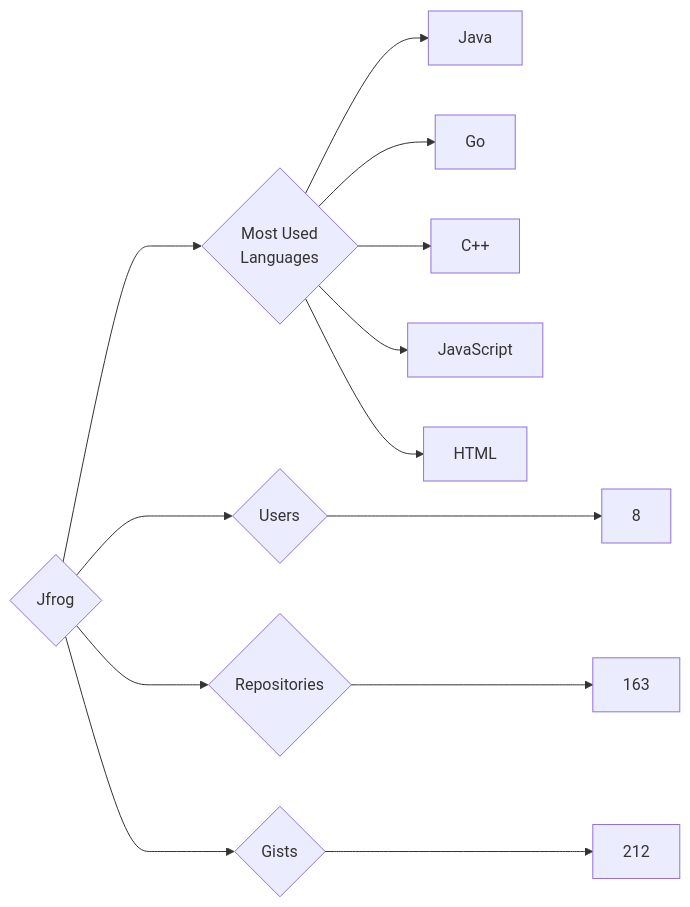
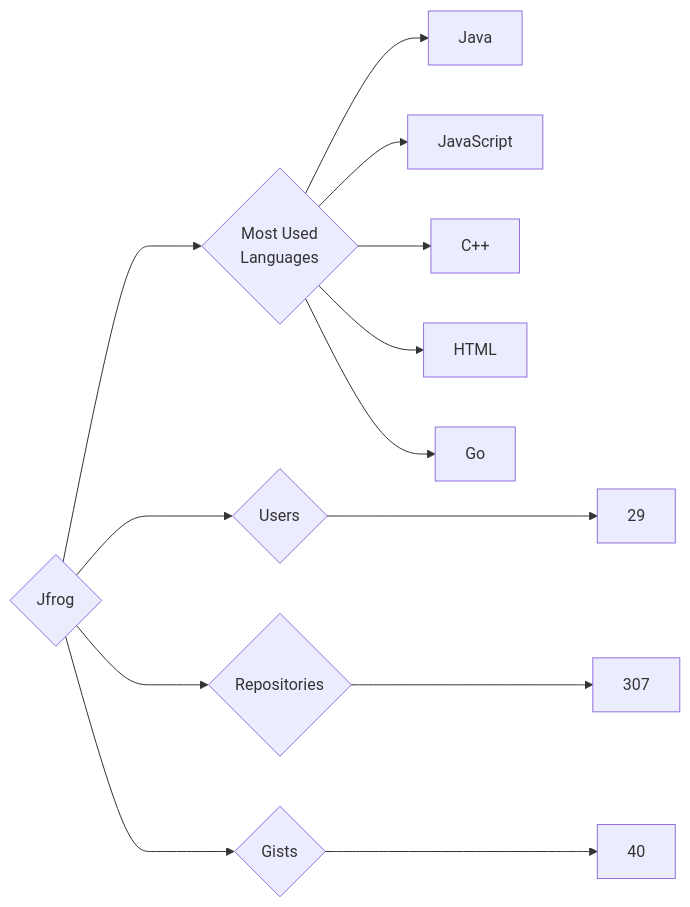
The diagram in targets/Jfrog/README.md (trickest/insiders), drawn with Mermaid before and after one commit. The commit also changed 594 other files, not shown here.

````diff
--- a/targets/Jfrog/README.md
+++ b/targets/Jfrog/README.md
@@ -3,13 +3,13 @@
 ```mermaid
 graph LR
 COMPANY_NAME{Jfrog}
-COMPANY_NAME ---> U{Users} ---> UN[8]
-COMPANY_NAME ---> R{Repositories} ---> RN[163]
-COMPANY_NAME ---> G{Gists} ---> GN[212]
+COMPANY_NAME ---> U{Users} ---> UN[29]
+COMPANY_NAME ---> R{Repositories} ---> RN[307]
+COMPANY_NAME ---> G{Gists} ---> GN[40]
 COMPANY_NAME ---> ML{Most Used<br>Languages}
 ML --> Java[Java]
+ML --> JavaScript[JavaScript]
+ML --> C++[C++]
+ML --> HTML[HTML]
 ML --> Go[Go]
-ML --> C++[C++]
-ML --> JavaScript[JavaScript]
-ML --> HTML[HTML]
 ```
````
